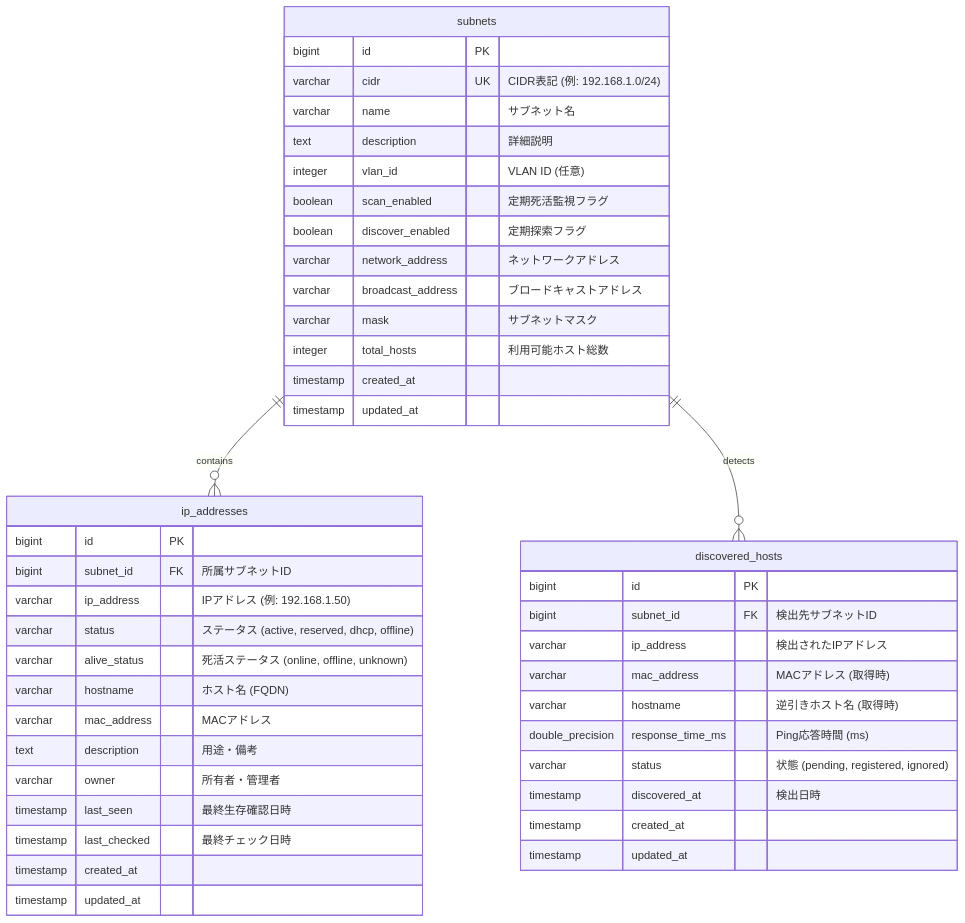
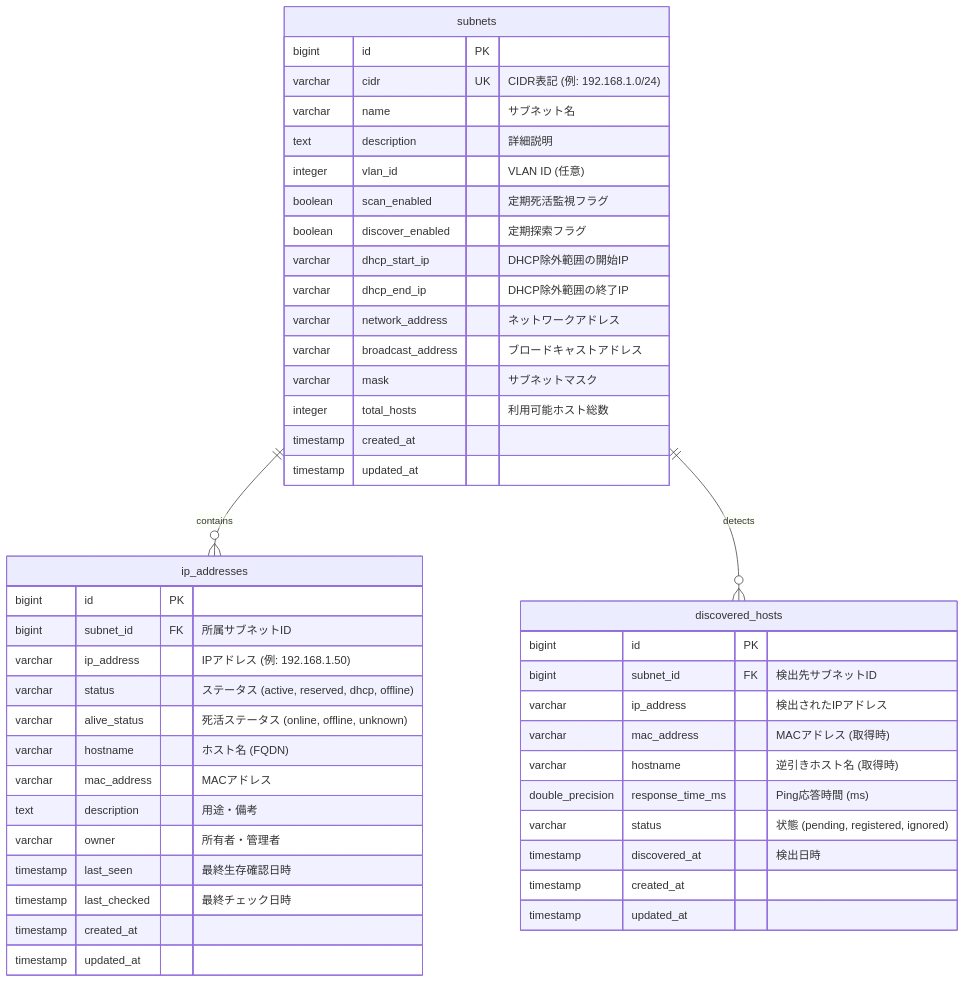
Before and after one commit to snappond/goipam: the diagram in docs/03_database/schema.md, drawn with Mermaid. The commit also changed other lines of this file and 15 other files, not shown here.

````diff
--- a/docs/03_database/schema.md
+++ b/docs/03_database/schema.md
@@ -12,50 +12,52 @@
 ```mermaid
 erDiagram
     subnets ||--o{ ip_addresses : "contains"
     subnets ||--o{ discovered_hosts : "detects"
 
     subnets {
         bigint id PK
         varchar cidr UK "CIDR表記 (例: 192.168.1.0/24)"
         varchar name "サブネット名"
         text description "詳細説明"
         integer vlan_id "VLAN ID (任意)"
         boolean scan_enabled "定期死活監視フラグ"
         boolean discover_enabled "定期探索フラグ"
+        varchar dhcp_start_ip "DHCP除外範囲の開始IP"
+        varchar dhcp_end_ip "DHCP除外範囲の終了IP"
         varchar network_address "ネットワークアドレス"
         varchar broadcast_address "ブロードキャストアドレス"
         varchar mask "サブネットマスク"
         integer total_hosts "利用可能ホスト総数"
         timestamp created_at
         timestamp updated_at
     }
 
     ip_addresses {
         bigint id PK
         bigint subnet_id FK "所属サブネットID"
         varchar ip_address "IPアドレス (例: 192.168.1.50)"
         varchar status "ステータス (active, reserved, dhcp, offline)"
         varchar alive_status "死活ステータス (online, offline, unknown)"
         varchar hostname "ホスト名 (FQDN)"
         varchar mac_address "MACアドレス"
         text description "用途・備考"
         varchar owner "所有者・管理者"
         timestamp last_seen "最終生存確認日時"
         timestamp last_checked "最終チェック日時"
         timestamp created_at
         timestamp updated_at
     }
 
     discovered_hosts {
         bigint id PK
         bigint subnet_id FK "検出先サブネットID"
         varchar ip_address "検出されたIPアドレス"
         varchar mac_address "MACアドレス (取得時)"
         varchar hostname "逆引きホスト名 (取得時)"
         double_precision response_time_ms "Ping応答時間 (ms)"
         varchar status "状態 (pending, registered, ignored)"
         timestamp discovered_at "検出日時"
         timestamp created_at
         timestamp updated_at
     }
 ```
````
